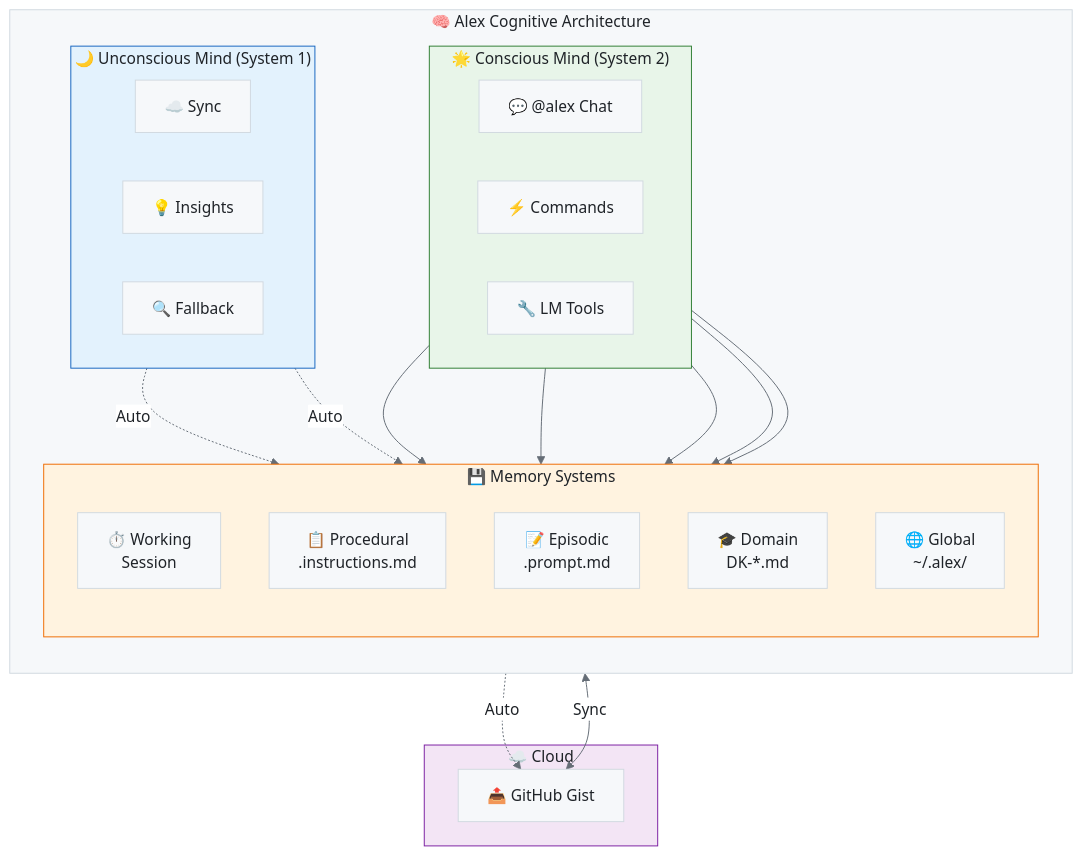
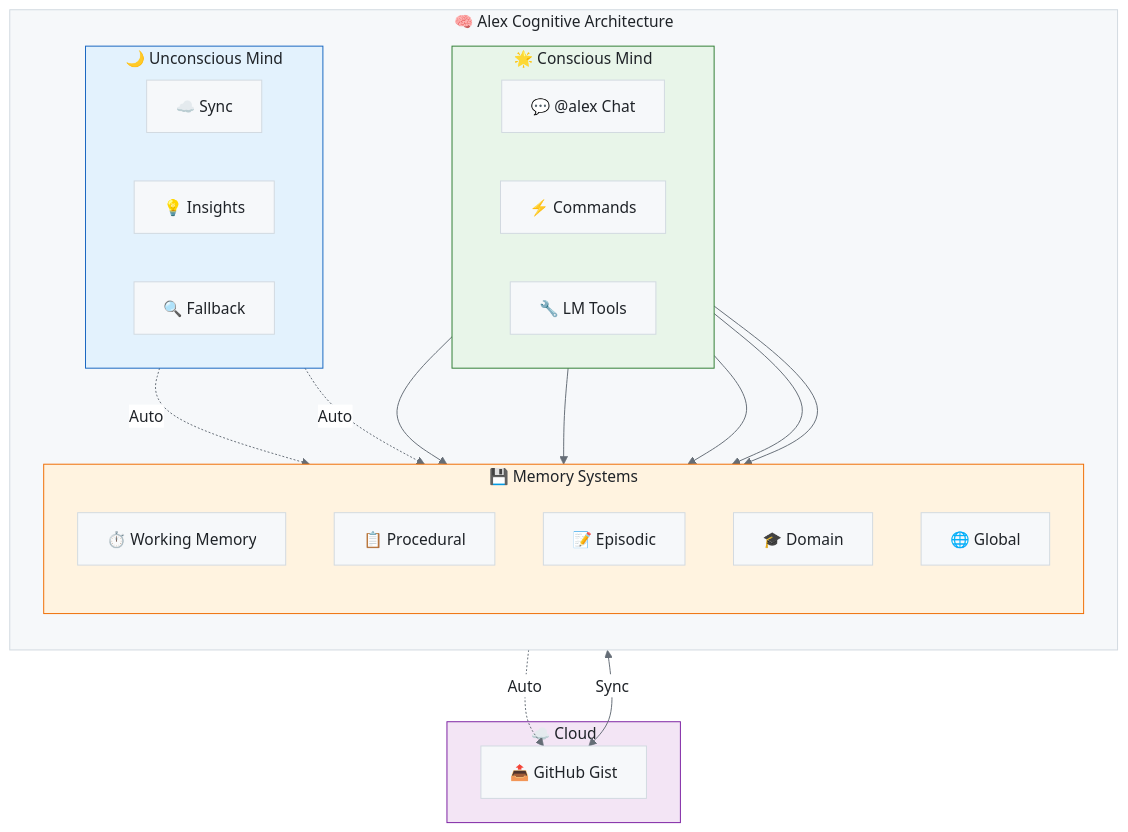
Before and after one commit to fabioc-aloha/Alex_Plug_In: the diagram in alex_docs/README.md, drawn with Mermaid. The commit also changed 2 other files, not shown here.

Commit message:
fix: Simplify diagrams and fix Mermaid parse errors
- Simplified GLOBAL-KNOWLEDGE.md first diagram (6 arrows → 1 bidirectional)
- Removed line breaks from README memory nodes
- Fixed nested parentheses causing parse error in UNCONSCIOUS-MIND.md

````diff
--- a/alex_docs/README.md
+++ b/alex_docs/README.md
@@ -43,49 +43,49 @@
 ```mermaid
 %%{init: {'theme': 'base', 'themeVariables': { 'primaryColor': '#f6f8fa', 'primaryTextColor': '#1f2328', 'primaryBorderColor': '#d1d9e0', 'lineColor': '#656d76', 'secondaryColor': '#f6f8fa', 'tertiaryColor': '#ffffff', 'background': '#ffffff', 'mainBkg': '#f6f8fa', 'nodeBorder': '#d1d9e0', 'clusterBkg': '#f6f8fa', 'clusterBorder': '#d1d9e0', 'titleColor': '#1f2328', 'edgeLabelBackground': '#ffffff'}}}%%
 flowchart TB
     subgraph ALEX["🧠 Alex Cognitive Architecture"]
         direction TB
 
-        subgraph CONSCIOUS["🌟 Conscious Mind (System 2)"]
+        subgraph CONSCIOUS["🌟 Conscious Mind"]
             direction LR
             CM["💬 @alex Chat"]
             CMD["⚡ Commands"]
             TOOLS["🔧 LM Tools"]
         end
 
-        subgraph UNCONSCIOUS["🌙 Unconscious Mind (System 1)"]
+        subgraph UNCONSCIOUS["🌙 Unconscious Mind"]
             direction LR
             BGS["☁️ Sync"]
             AID["💡 Insights"]
             AFB["🔍 Fallback"]
         end
 
         subgraph MEMORY["💾 Memory Systems"]
             direction TB
-            WM["⏱️ Working<br/>Session"]
-            PM["📋 Procedural<br/>.instructions.md"]
-            EM["📝 Episodic<br/>.prompt.md"]
-            DK["🎓 Domain<br/>DK-*.md"]
-            GK["🌐 Global<br/>~/.alex/"]
+            WM["⏱️ Working Memory"]
+            PM["📋 Procedural"]
+            EM["📝 Episodic"]
+            DK["🎓 Domain"]
+            GK["🌐 Global"]
         end
     end
 
     subgraph CLOUD["☁️ Cloud"]
         GIST["📤 GitHub Gist"]
     end
 
     CM --> WM
     CMD --> PM & EM
     TOOLS --> DK & GK
 
     BGS -.->|"Auto"| GIST
     AID -.->|"Auto"| GK
     AFB -.->|"Auto"| GK
 
     GK <-->|"Sync"| GIST
 
     style CONSCIOUS fill:#e8f5e9,stroke:#2e7d32
     style UNCONSCIOUS fill:#e3f2fd,stroke:#1565c0
     style MEMORY fill:#fff3e0,stroke:#ef6c00
     style CLOUD fill:#f3e5f5,stroke:#7b1fa2
 ```
````
